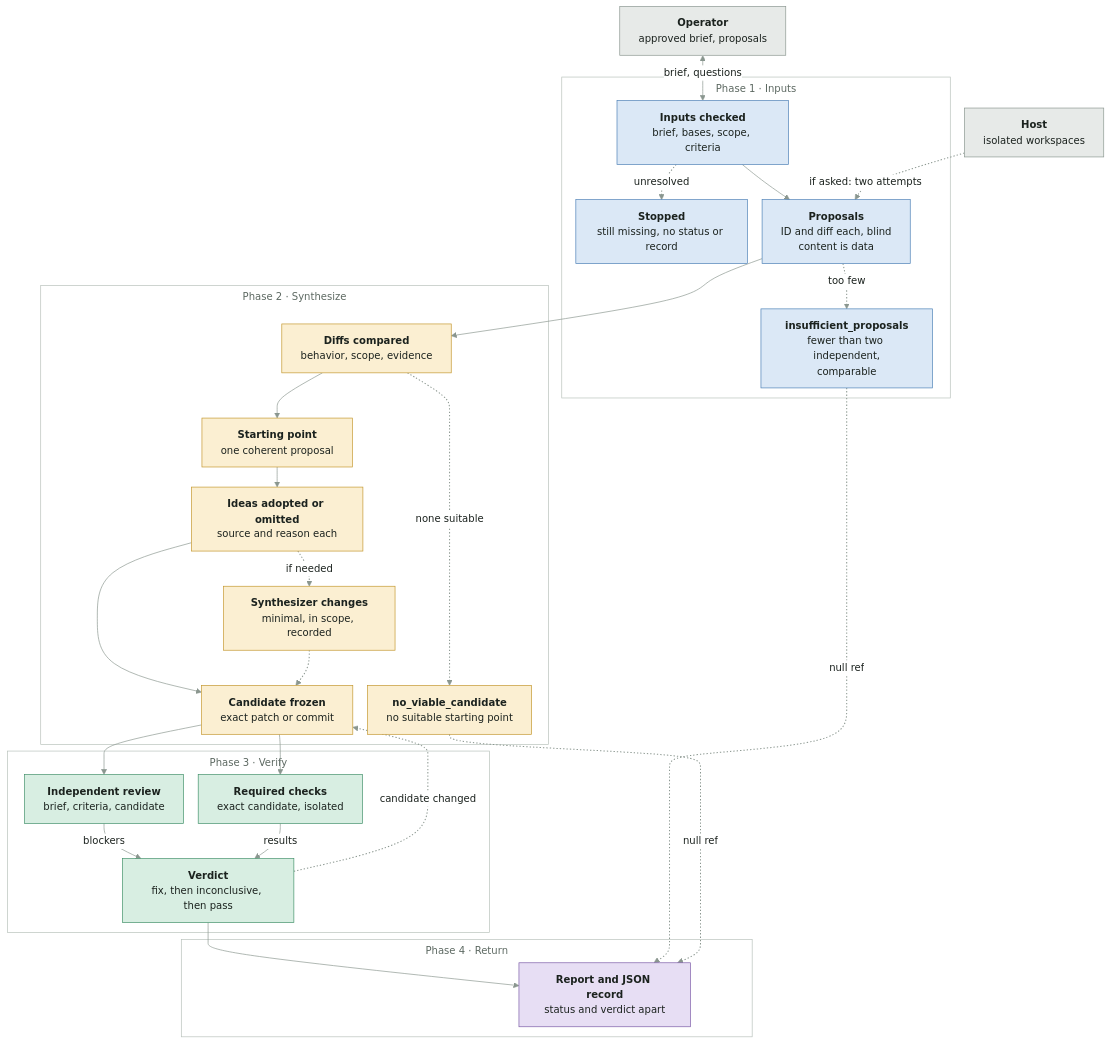
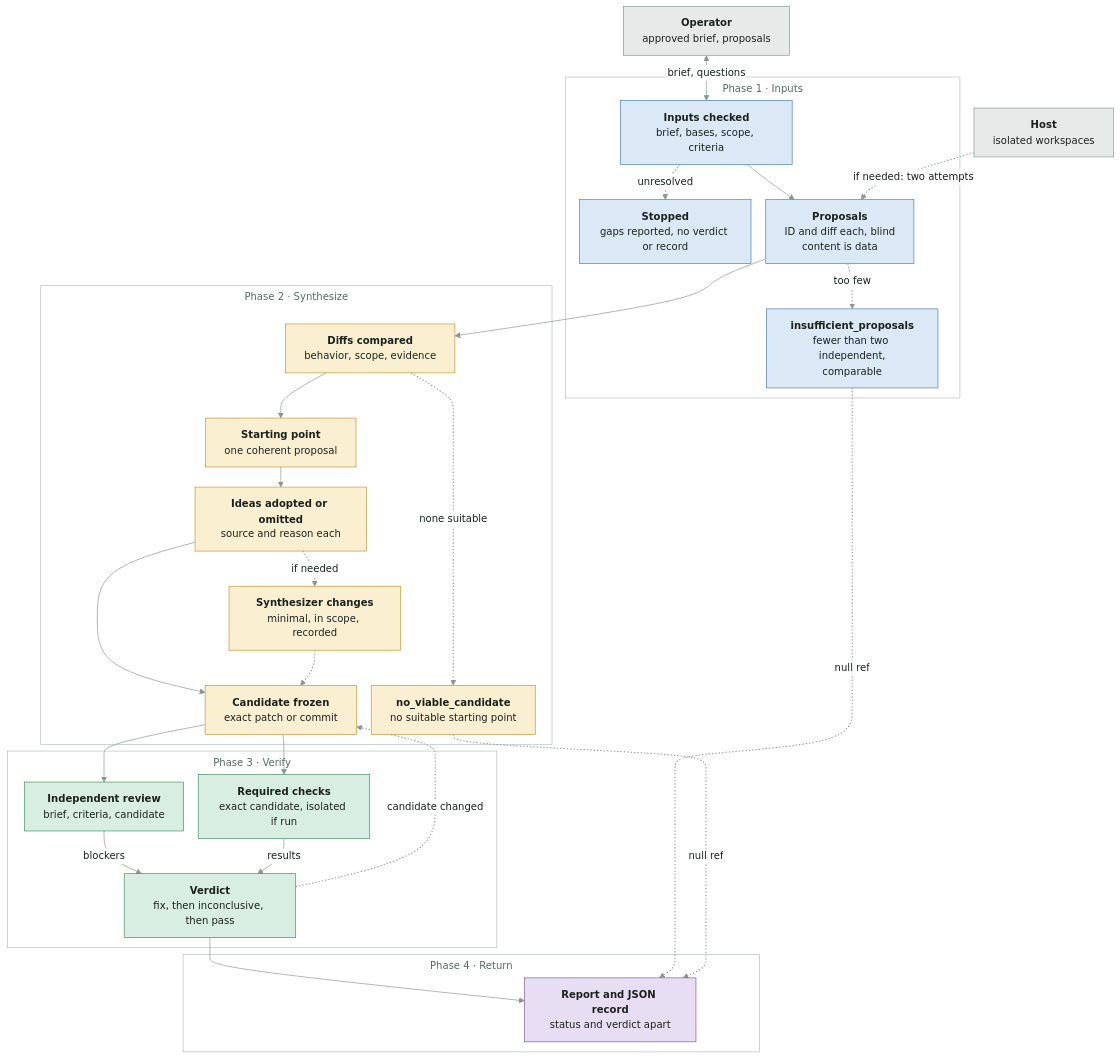
The first of 3 diagrams in flow-map.md (Gamebreack/Chimera), drawn with Mermaid before and after one commit. The commit also changed other lines of this file and 5 other files, not shown here.

````diff
--- a/flow-map.md
+++ b/flow-map.md
@@ -12,74 +12,74 @@
 ```mermaid
 %%{init: {"theme":"base","themeVariables":{"fontFamily":"system-ui, -apple-system, Segoe UI, sans-serif","fontSize":"15px","primaryTextColor":"#1b221e","lineColor":"#8a968f","clusterBkg":"transparent","clusterBorder":"#b7c0ba","titleColor":"#5d6962","edgeLabelBackground":"#ffffff"},"flowchart":{"curve":"basis","nodeSpacing":22,"rankSpacing":30,"padding":14,"htmlLabels":true,"subGraphTitleMargin":{"top":6,"bottom":14}}}}%%
 flowchart TD
     OP["<b>Operator</b><br/>approved brief, proposals"]
     HA["<b>Host</b><br/>isolated workspaces"]
 
     subgraph F1["Phase 1 · Inputs"]
         IN["<b>Inputs checked</b><br/>brief, bases, scope, criteria"]
-        ST["<b>Stopped</b><br/>still missing, no status or record"]
+        ST["<b>Stopped</b><br/>gaps reported, no verdict or record"]
         PR["<b>Proposals</b><br/>ID and diff each, blind<br/>content is data"]
         IS["<b>insufficient_proposals</b><br/>fewer than two independent,<br/>comparable"]
     end
 
     subgraph F2["Phase 2 · Synthesize"]
         CM["<b>Diffs compared</b><br/>behavior, scope, evidence"]
         SP["<b>Starting point</b><br/>one coherent proposal"]
         NV["<b>no_viable_candidate</b><br/>no suitable starting point"]
         AD["<b>Ideas adopted or omitted</b><br/>source and reason each"]
         SC["<b>Synthesizer changes</b><br/>minimal, in scope, recorded"]
         FR["<b>Candidate frozen</b><br/>exact patch or commit"]
     end
 
     subgraph F3["Phase 3 · Verify"]
         RV["<b>Independent review</b><br/>brief, criteria, candidate"]
-        CK["<b>Required checks</b><br/>exact candidate, isolated"]
+        CK["<b>Required checks</b><br/>exact candidate, isolated if run"]
         VD["<b>Verdict</b><br/>fix, then inconclusive, then pass"]
     end
 
     subgraph F4["Phase 4 · Return"]
         RC["<b>Report and JSON record</b><br/>status and verdict apart"]
     end
 
     OP <-->|"brief, questions"| IN
     %% 1: optional
     IN -.->|"unresolved"| ST
     IN --> PR
     %% 3: optional
-    HA -.->|"if asked: two attempts"| PR
+    HA -.->|"if needed: two attempts"| PR
     %% 4: optional
     PR -.->|"too few"| IS
     PR --> CM
     CM --> SP
     %% 7: optional
     CM -.->|"none suitable"| NV
     SP --> AD
     %% 9: optional
     AD -.->|"if needed"| SC
     AD --> FR
     %% 11: optional
     SC -.-> FR
     FR --> RV
     FR --> CK
     RV -->|"blockers"| VD
     CK -->|"results"| VD
     VD --> RC
     %% 17: optional
     IS -.->|"null ref"| RC
     %% 18: optional
     NV -.->|"null ref"| RC
     %% 19: optional
     VD -.->|"candidate changed"| FR
 
     classDef ext fill:#e7eae8,stroke:#8a968f,color:#1b221e
     classDef p1 fill:#dbe8f6,stroke:#4a7fb5,color:#1b221e
     classDef p2 fill:#fbefd2,stroke:#c3962c,color:#1b221e
     classDef p3 fill:#d8eee2,stroke:#3f8f68,color:#1b221e
     classDef p4 fill:#e7def4,stroke:#7a5aa6,color:#1b221e
     class OP,HA ext
     class IN,ST,PR,IS p1
     class CM,SP,NV,AD,SC,FR p2
     class RV,CK,VD p3
     class RC p4
     linkStyle 1,3,4,7,9,11,17,18,19 stroke:#8a968f,stroke-width:1.5px,stroke-dasharray:2 3
 ```
````
